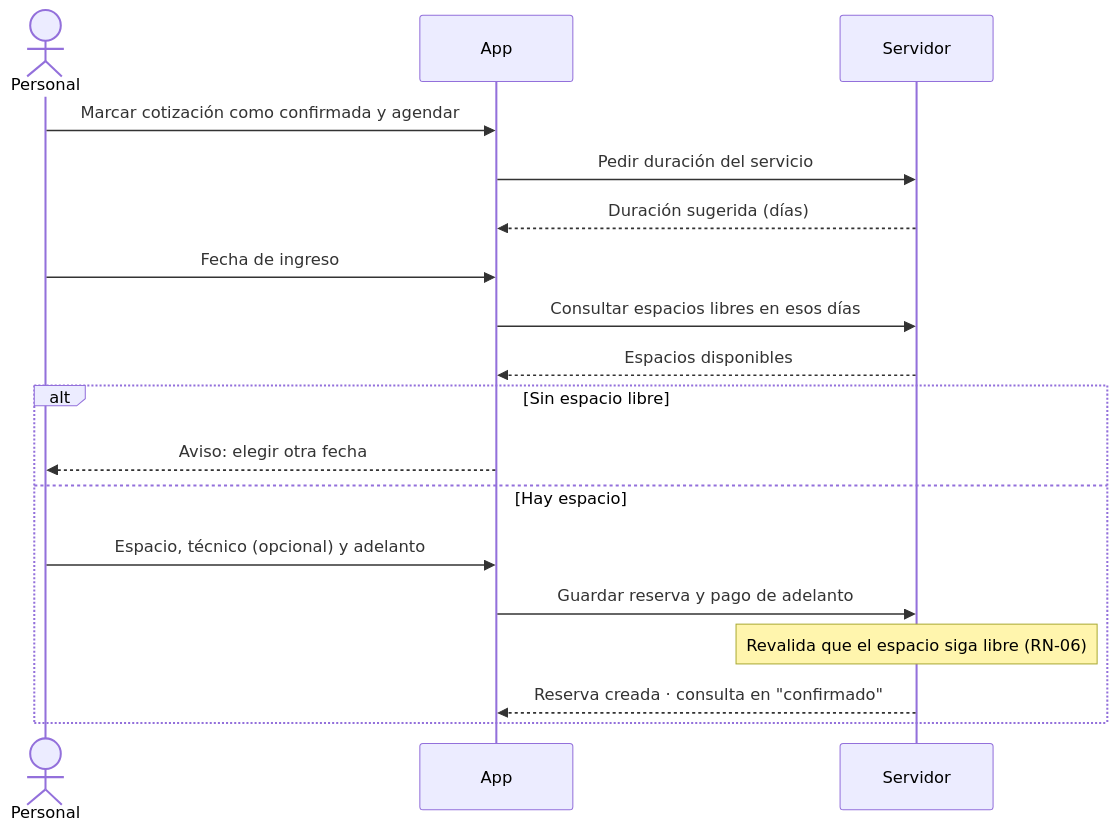
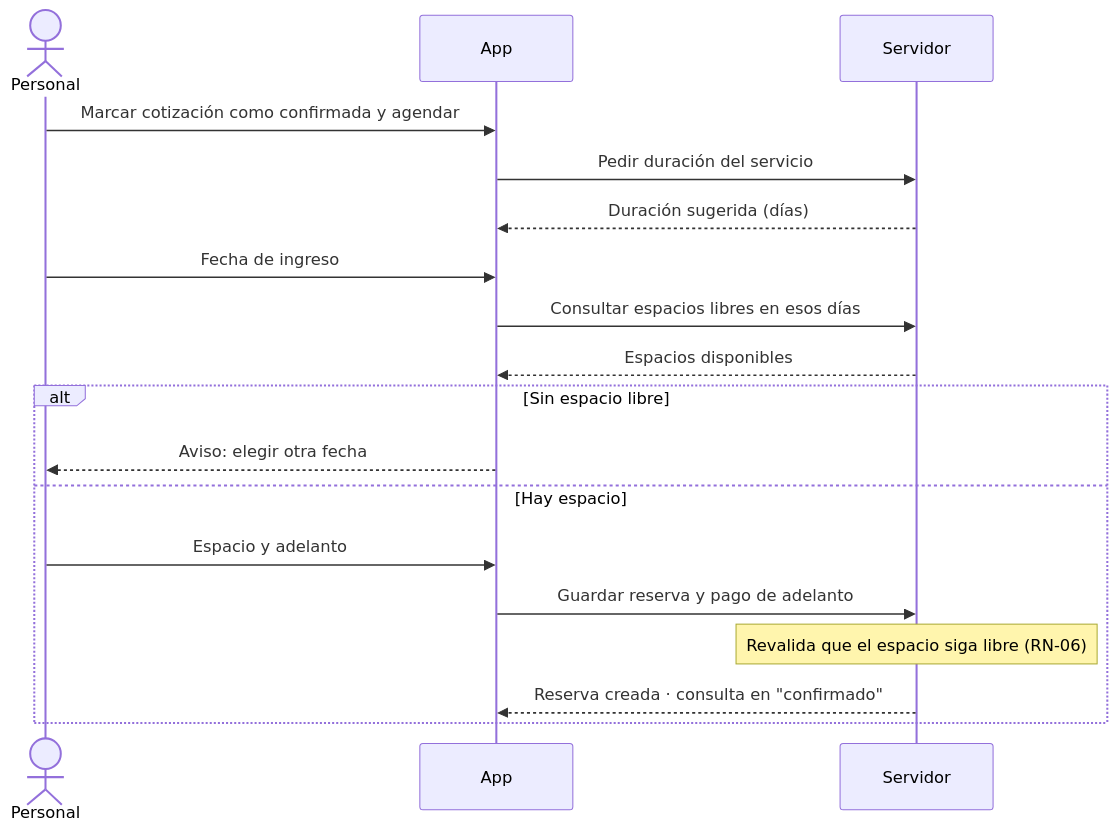
The second of 5 diagrams in docs/05-analisis/diagramas-de-secuencia/flujos-criticos.md (albertoamas/toctar), drawn with Mermaid before and after one commit. The commit also changed other lines of this file and 14 other files, not shown here.

````diff
--- a/docs/05-analisis/diagramas-de-secuencia/flujos-criticos.md
+++ b/docs/05-analisis/diagramas-de-secuencia/flujos-criticos.md
@@ -51,21 +51,21 @@
 ```mermaid
 sequenceDiagram
     actor P as Personal
     participant A as App
     participant S as Servidor
 
     P->>A: Marcar cotización como confirmada y agendar
     A->>S: Pedir duración del servicio
     S-->>A: Duración sugerida (días)
     P->>A: Fecha de ingreso
     A->>S: Consultar espacios libres en esos días
     S-->>A: Espacios disponibles
     alt Sin espacio libre
         A-->>P: Aviso: elegir otra fecha
     else Hay espacio
-        P->>A: Espacio, técnico (opcional) y adelanto
+        P->>A: Espacio y adelanto
         A->>S: Guardar reserva y pago de adelanto
         Note over S: Revalida que el espacio siga libre (RN-06)
         S-->>A: Reserva creada · consulta en "confirmado"
     end
 ```
````
